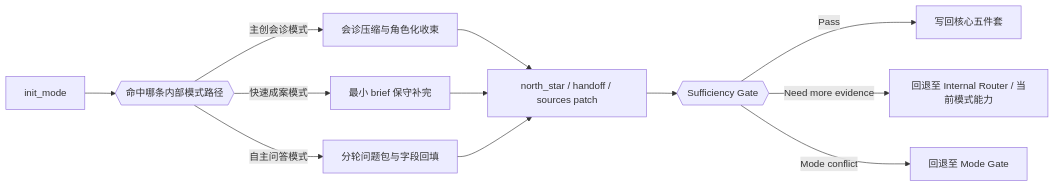
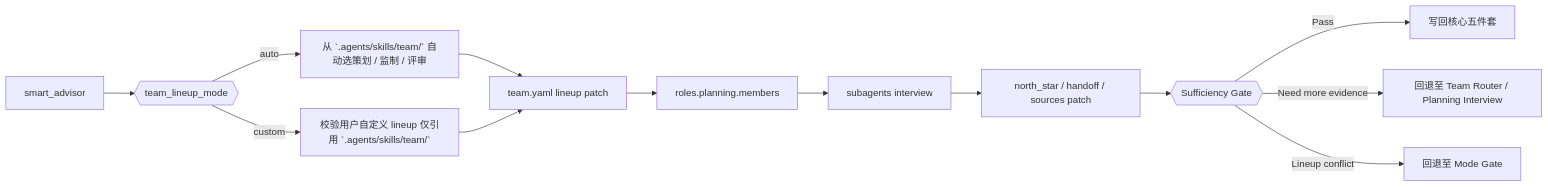
Before and after one commit to ZEN-VOID/AI-CUT: the second of 4 diagrams in .agents/skills/aigc/0-Init/SKILL.md, drawn with Mermaid. The commit also changed other lines of this file and 165 other files, not shown here.

````diff
--- a/.agents/skills/aigc/0-Init/SKILL.md
+++ b/.agents/skills/aigc/0-Init/SKILL.md
@@ -122,14 +125,15 @@
 ```mermaid
 flowchart LR
-    A["init_mode"] --> B{{"命中哪条内部模式路径"}}
-    B -->|"主创会诊模式"| C["会诊压缩与角色化收束"]
-    B -->|"快速成案模式"| D["最小 brief 保守补完"]
-    B -->|"自主问答模式"| E["分轮问题包与字段回填"]
-    C --> F["north_star / handoff / sources patch"]
-    D --> F
-    E --> F
-    F --> G{{"Sufficiency Gate"}}
-    G -->|"Pass"| H["写回核心五件套"]
-    G -->|"Need more evidence"| I["回退至 Internal Router / 当前模式能力"]
-    G -->|"Mode conflict"| J["回退至 Mode Gate"]
+    A["smart_advisor"] --> B{{"team_lineup_mode"}}
+    B -->|"auto"| C["从 `.agents/skills/team/` 自动选策划 / 监制 / 评审"]
+    B -->|"custom"| D["校验用户自定义 lineup 仅引用 `.agents/skills/team/`"]
+    C --> E["team.yaml lineup patch"]
+    D --> E
+    E --> F["roles.planning.members"]
+    F --> G["subagents interview"]
+    G --> H["north_star / handoff / sources patch"]
+    H --> I{{"Sufficiency Gate"}}
+    I -->|"Pass"| J["写回核心五件套"]
+    I -->|"Need more evidence"| K["回退至 Team Router / Planning Interview"]
+    I -->|"Lineup conflict"| L["回退至 Mode Gate"]
 ```
````
